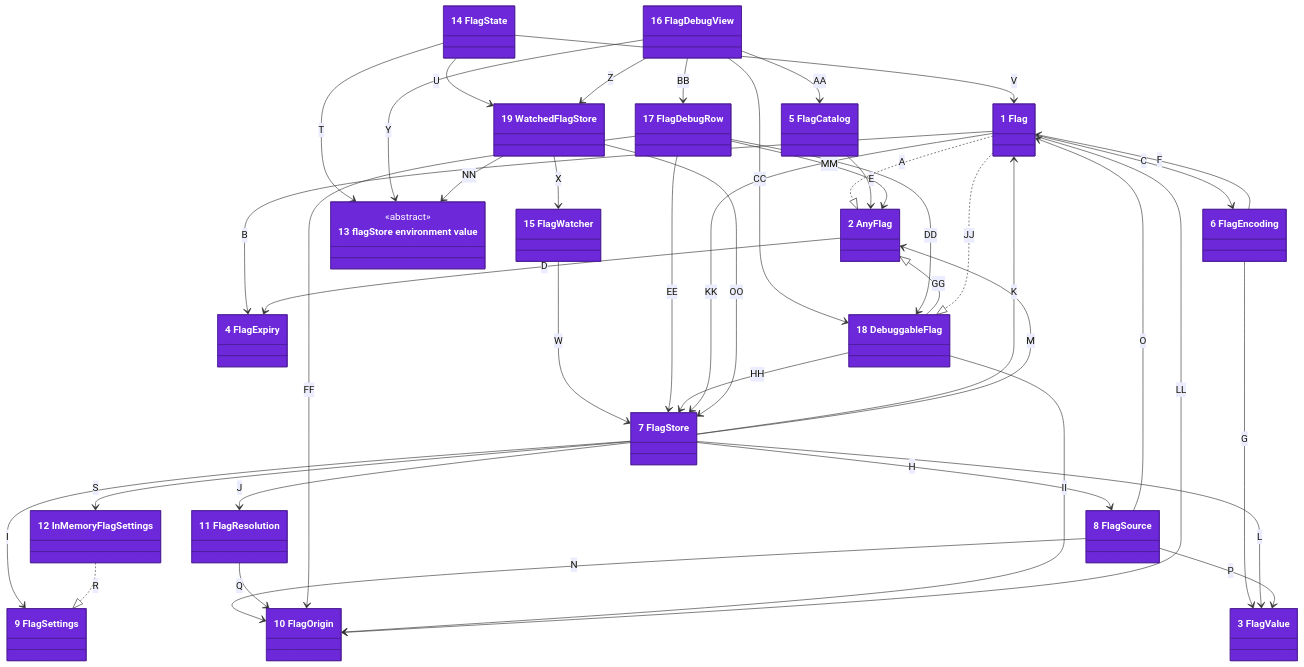
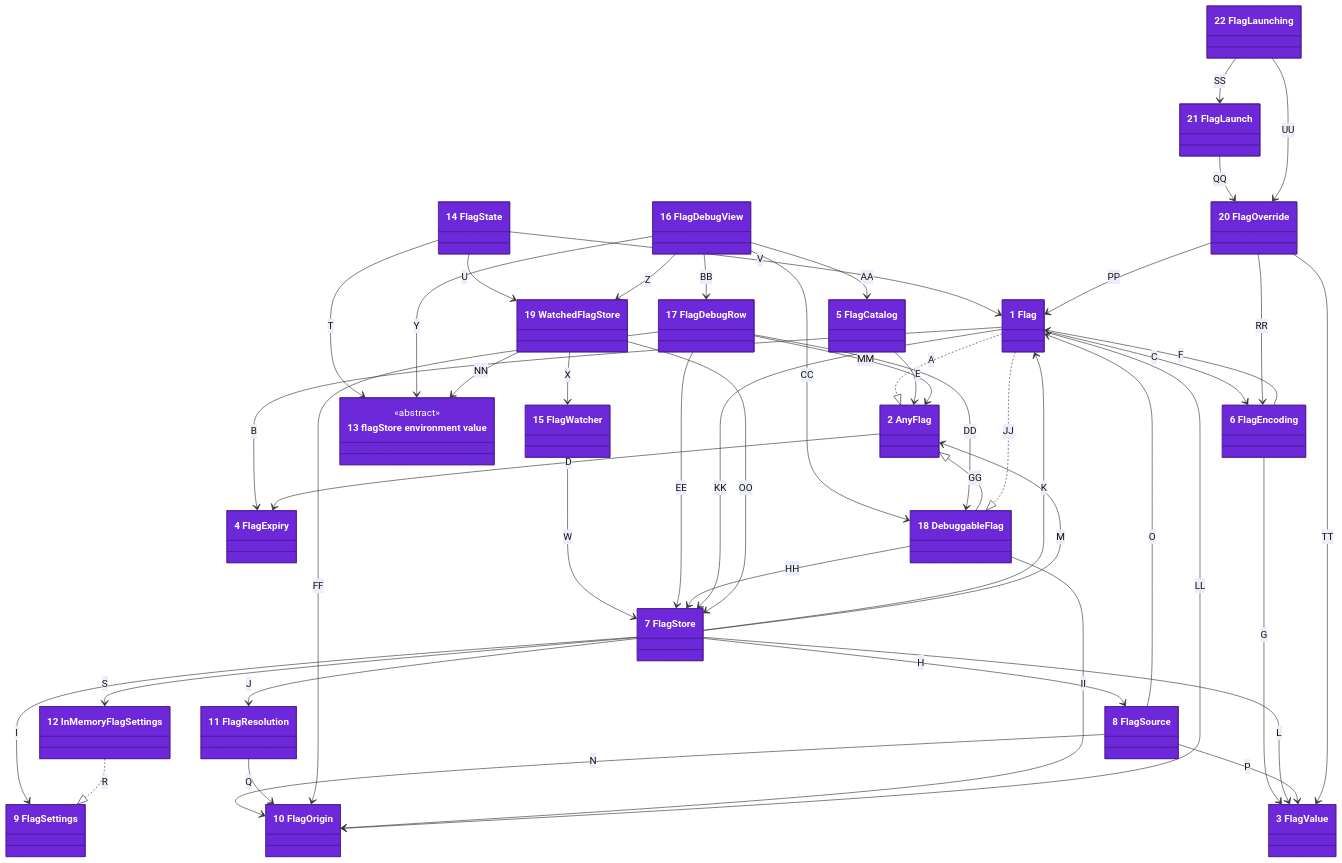
The first of 2 diagrams in docs/architecture/04-code.md (may-journal/feature-flag-kit), drawn with Mermaid before and after one commit. The commit also changed other lines of this file and 15 other files, not shown here.

````diff
--- a/docs/architecture/04-code.md
+++ b/docs/architecture/04-code.md
@@ -24,6 +26,9 @@
     class FlagDebugRow["17 FlagDebugRow"]
     class DebuggableFlag["18 DebuggableFlag"]
     class WatchedFlagStore["19 WatchedFlagStore"]
+    class FlagOverride["20 FlagOverride"]
+    class FlagLaunch["21 FlagLaunch"]
+    class FlagLaunching["22 FlagLaunching"]
 
     Flag ..|> AnyFlag : A
     Flag --> FlagExpiry : B
@@ -66,6 +71,12 @@
     FlagDebugRow --> AnyFlag : MM
     WatchedFlagStore --> flagStore : NN
     WatchedFlagStore --> FlagStore : OO
+    FlagOverride --> Flag : PP
+    FlagOverride --> FlagValue : TT
+    FlagLaunch --> FlagOverride : QQ
+    FlagOverride --> FlagEncoding : RR
+    FlagLaunching --> FlagLaunch : SS
+    FlagLaunching --> FlagOverride : UU
 
     style Flag fill:#6d28d9,stroke:#4c1d95,color:#ffffff
     style AnyFlag fill:#6d28d9,stroke:#4c1d95,color:#ffffff
@@ -86,4 +97,7 @@
     style FlagDebugRow fill:#6d28d9,stroke:#4c1d95,color:#ffffff
     style DebuggableFlag fill:#6d28d9,stroke:#4c1d95,color:#ffffff
     style WatchedFlagStore fill:#6d28d9,stroke:#4c1d95,color:#ffffff
+    style FlagOverride fill:#6d28d9,stroke:#4c1d95,color:#ffffff
+    style FlagLaunch fill:#6d28d9,stroke:#4c1d95,color:#ffffff
+    style FlagLaunching fill:#6d28d9,stroke:#4c1d95,color:#ffffff
 ```
````
